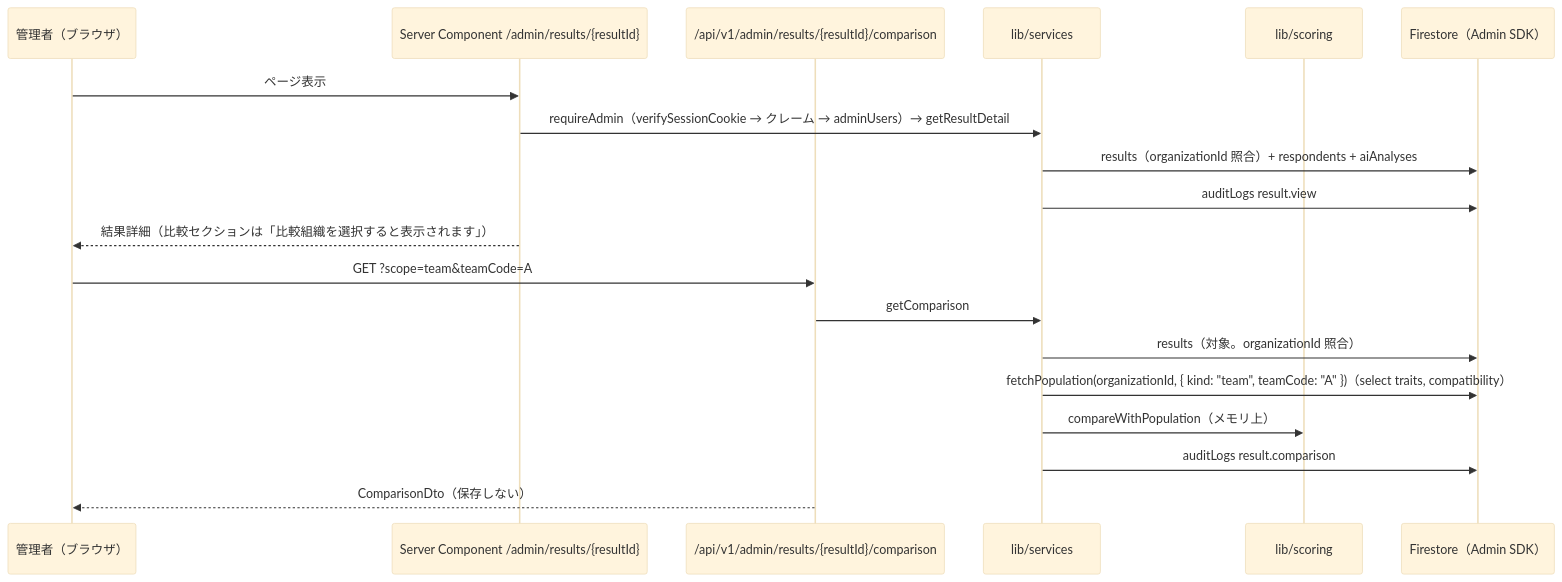
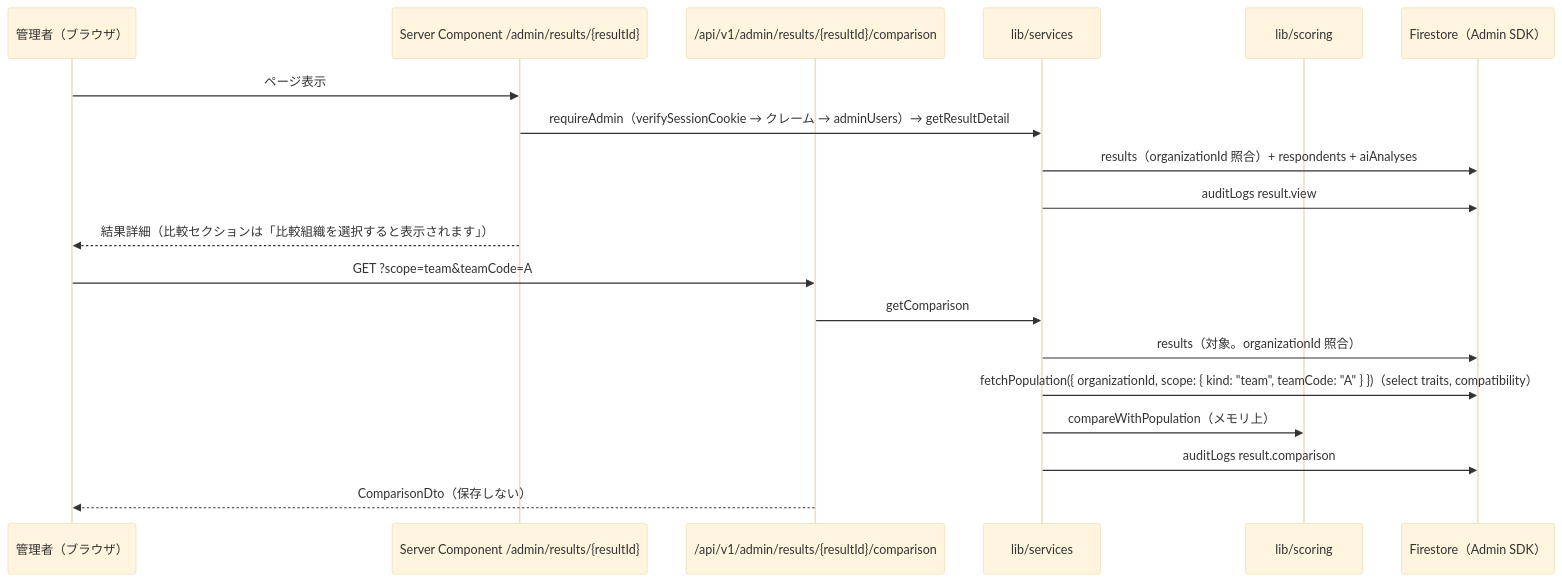
One commit to tanukichiyamaguchi/Tekisei-Kensa changed the fifth of 7 diagrams in docs/基本設計/04_API設計.md. Above: the diagram before and after it, drawn with Mermaid (base theme). The commit also changed other lines of this file and 10 other files, not shown here.

````diff
--- a/docs/基本設計/04_API設計.md
+++ b/docs/基本設計/04_API設計.md
@@ -2621,21 +2630,21 @@
 ```mermaid
 sequenceDiagram
     participant A as 管理者（ブラウザ）
     participant SC as Server Component /admin/results/{resultId}
     participant API as /api/v1/admin/results/{resultId}/comparison
     participant S as lib/services
     participant SCO as lib/scoring
     participant DB as Firestore（Admin SDK）
     A->>SC: ページ表示
     SC->>S: requireAdmin（verifySessionCookie → クレーム → adminUsers）→ getResultDetail
     S->>DB: results（organizationId 照合）+ respondents + aiAnalyses
     S->>DB: auditLogs result.view
     SC-->>A: 結果詳細（比較セクションは「比較組織を選択すると表示されます」）
     A->>API: GET ?scope=team&teamCode=A
     API->>S: getComparison
     S->>DB: results（対象。organizationId 照合）
-    S->>DB: fetchPopulation(organizationId, { kind: "team", teamCode: "A" })（select traits, compatibility）
+    S->>DB: fetchPopulation({ organizationId, scope: { kind: "team", teamCode: "A" } })（select traits, compatibility）
     S->>SCO: compareWithPopulation（メモリ上）
     S->>DB: auditLogs result.comparison
     API-->>A: ComparisonDto（保存しない）
 ```
````
